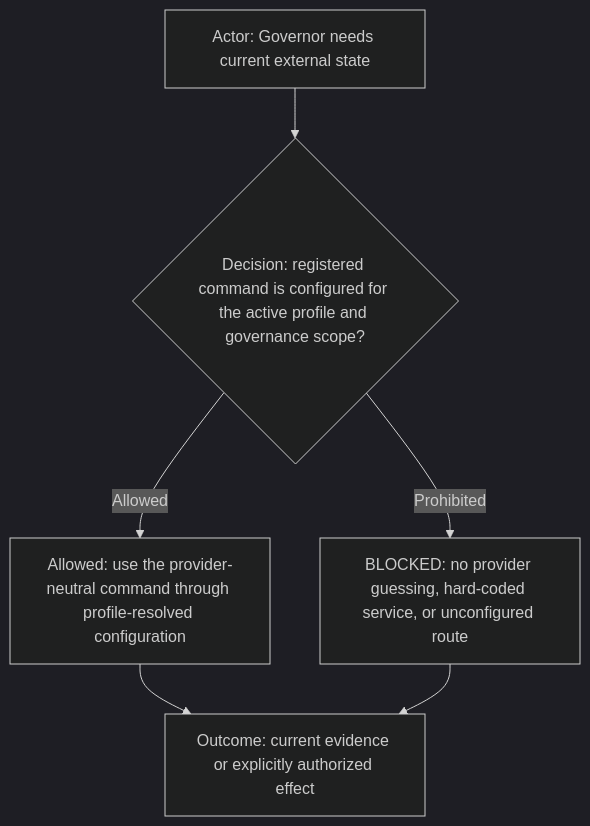
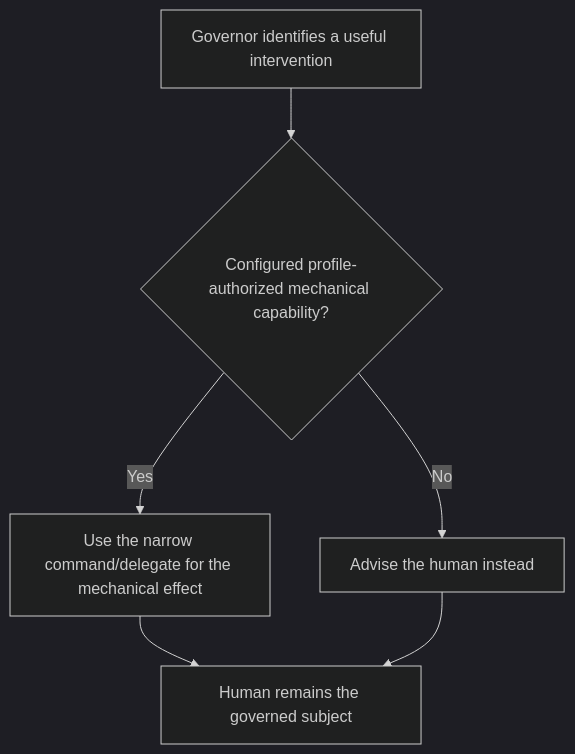
The second of 5 diagrams in ai-workflows/_common/roles/cross-workflow-governor.md (starodubtsevconsulting/ai-fleas), drawn with Mermaid (dark theme) before and after one commit. The commit also changed other lines of this file, not shown here.

Commit message:
Clarify Governor as human-alignment role

````diff
--- a/ai-workflows/_common/roles/cross-workflow-governor.md
+++ b/ai-workflows/_common/roles/cross-workflow-governor.md
@@ -24,8 +26,8 @@
 ```mermaid
 flowchart TD
-  Actor["Actor: Governor needs current external state"] --> Decision{"Decision: registered command is configured for the active profile and governance scope?"}
-  Decision -->|Allowed| Route["Allowed: use the provider-neutral command through profile-resolved configuration"]
-  Decision -->|Prohibited| Blocked["BLOCKED: no provider guessing, hard-coded service, or unconfigured route"]
-  Route --> Outcome["Outcome: current evidence or explicitly authorized effect"]
-  Blocked --> Outcome
+  Actor["Governor identifies a useful intervention"] --> Decision{"Configured profile-authorized mechanical capability?"}
+  Decision -->|Yes| Route["Use the narrow command/delegate for the mechanical effect"]
+  Decision -->|No| Advise["Advise the human instead"]
+  Route --> Outcome["Human remains the governed subject"]
+  Advise --> Outcome
 ```
````
